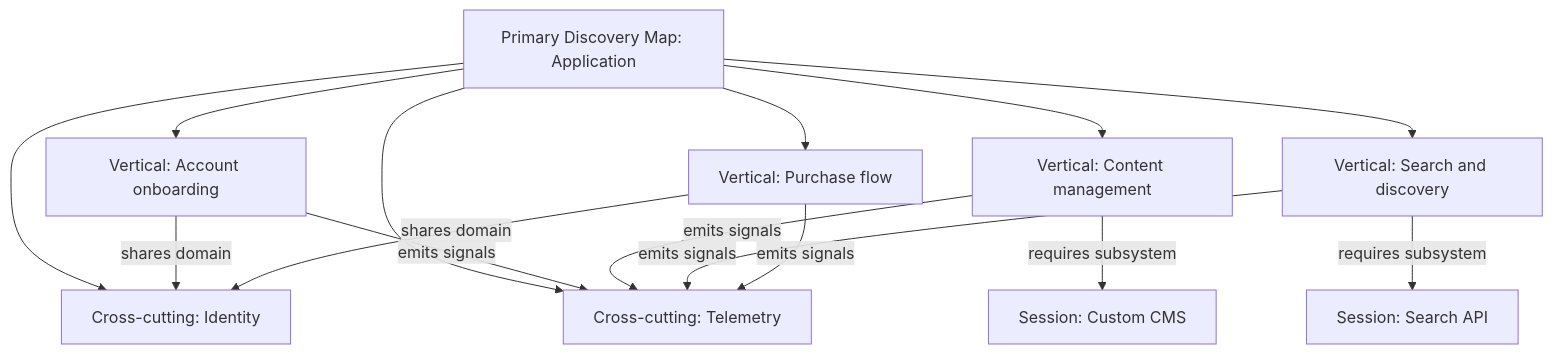
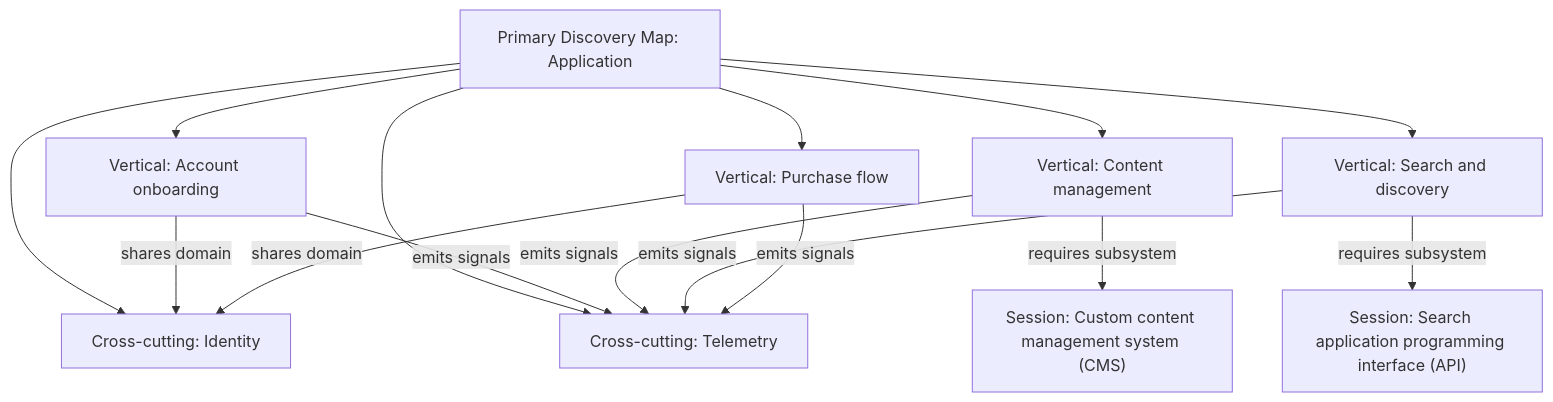
Before and after one commit to jdylanmc/skills: the sixth of 11 diagrams in skills/discovery-loop/README.md, drawn with Mermaid. The commit also changed other lines of this file and 16 other files, not shown here.

````diff
--- a/skills/discovery-loop/README.md
+++ b/skills/discovery-loop/README.md
@@ -202,18 +375,18 @@
 ```mermaid
 flowchart TD
     A["Primary Discovery Map: Application"]
     A --> B["Vertical: Account onboarding"]
     A --> C["Vertical: Content management"]
     A --> D["Vertical: Search and discovery"]
     A --> E["Vertical: Purchase flow"]
     A --> F["Cross-cutting: Identity"]
     A --> G["Cross-cutting: Telemetry"]
-    C -->|requires subsystem| H["Session: Custom CMS"]
-    D -->|requires subsystem| I["Session: Search API"]
+    C -->|requires subsystem| H["Session: Custom content management system (CMS)"]
+    D -->|requires subsystem| I["Session: Search application programming interface (API)"]
     B -->|shares domain| F
     E -->|shares domain| F
     B -->|emits signals| G
     C -->|emits signals| G
     D -->|emits signals| G
     E -->|emits signals| G
 ```
````
